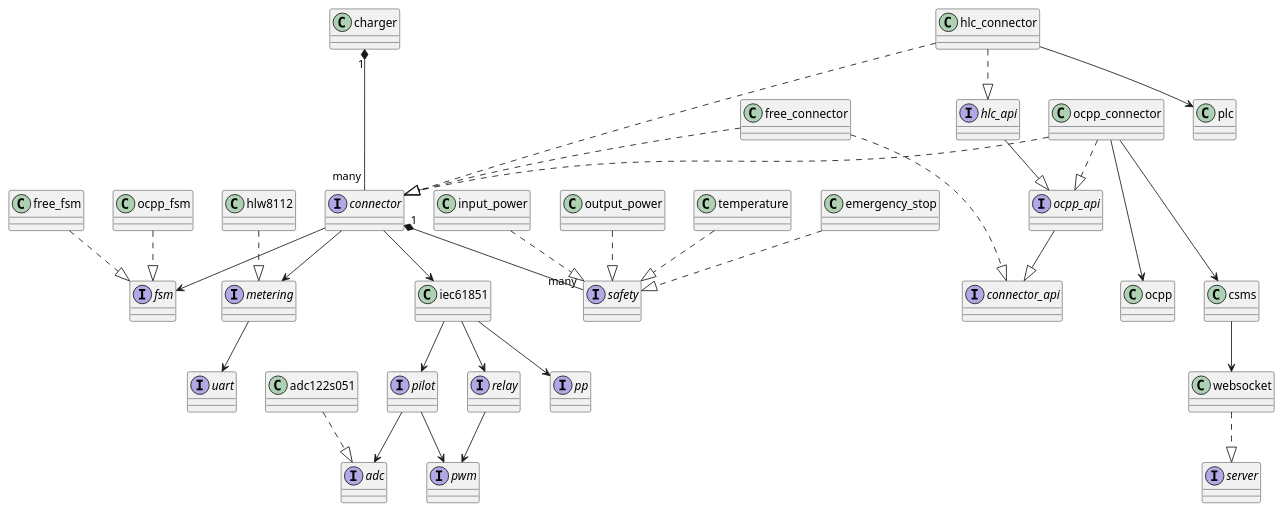
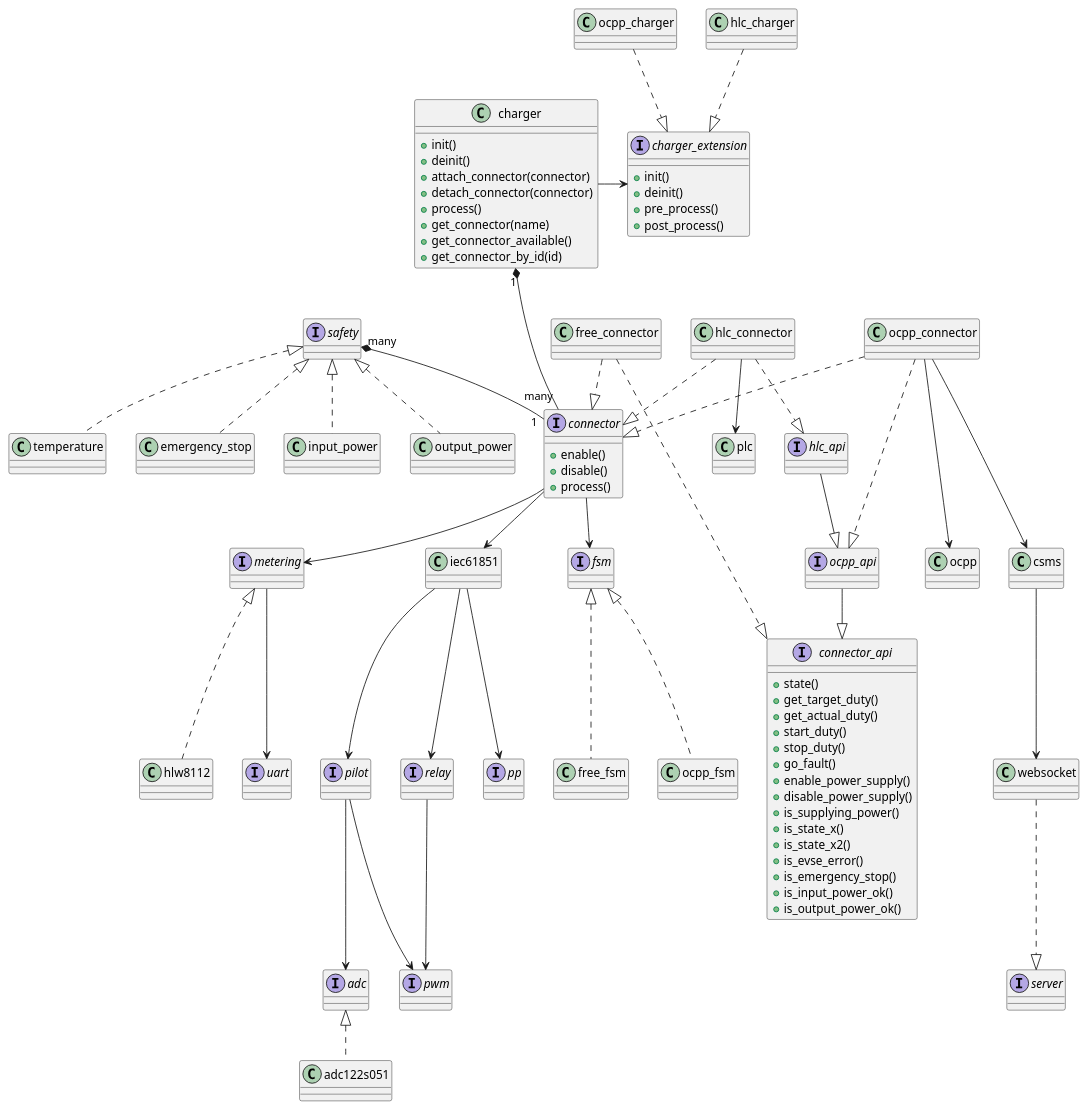
Before and after one commit to pazzk-labs/evse: the diagram in docs/diagrams/charger.puml, drawn with PlantUML. The commit also changed 62 other files, not shown here.

```diff
--- a/docs/diagrams/charger.puml
+++ b/docs/diagrams/charger.puml
@@ -1,70 +1,109 @@
 @startuml
 
 interface connector {
+	+enable()
+	+disable()
+	+process()
 }
 
 interface connector_api {
+	+state()
+	+get_target_duty()
+	+get_actual_duty()
+	+start_duty()
+	+stop_duty()
+	+go_fault()
+	+enable_power_supply()
+	+disable_power_supply()
+	+is_supplying_power()
+	+is_state_x()
+	+is_state_x2()
+	+is_evse_error()
+	+is_emergency_stop()
+	+is_input_power_ok()
+	+is_output_power_ok()
 }
 
 interface ocpp_api
 interface hlc_api
 
 interface fsm
 interface metering
 interface safety
 interface pilot
 interface relay
 interface pp
 interface server
 interface adc
 interface pwm
 interface uart
 
+interface charger_extension {
+	+init()
+	+deinit()
+	+pre_process()
+	+post_process()
+}
+
 class charger {
+	+init()
+	+deinit()
+	+attach_connector(connector)
+	+detach_connector(connector)
+	+process()
+	+get_connector(name)
+	+get_connector_available()
+	+get_connector_by_id(id)
 }
 
 pilot --> adc
 pilot --> pwm
 relay --> pwm
+
 metering --> uart
+metering <|.. hlw8112
 
-hlw8112 ..|> metering
-
-adc122s051 ..|> adc
+adc <|.. adc122s051
 
 iec61851 --> pilot
 iec61851 --> relay
 iec61851 --> pp
 
 connector --> fsm
 connector --> iec61851
-connector "1" *-- "many" safety
+safety "many" *-- "1" connector
 connector --> metering
+
 free_connector ..|> connector
-free_connector ..|> connector_api
 ocpp_connector ..|> connector
-ocpp_connector ..|> ocpp_api
 hlc_connector ..|> connector
+
+free_connector ...|> connector_api
+ocpp_connector ...|> ocpp_api
 hlc_connector ..|> hlc_api
 
 ocpp_api --|> connector_api
 hlc_api --|> ocpp_api
 
-free_fsm ..|> fsm
-ocpp_fsm ..|> fsm
+fsm <|.. free_fsm
+fsm <|.. ocpp_fsm
 
 ocpp_connector ---> ocpp
 ocpp_connector ---> csms
 csms --> websocket
 websocket ..|> server
 
 hlc_connector --> plc
 
-input_power ..|> safety
-output_power ..|> safety
-temperature ..|> safety
-emergency_stop ..|> safety
+safety <|.. input_power
+safety <|.. output_power
+safety <|.. temperature
+safety <|.. emergency_stop
 
 charger "1" *--- "many" connector
+charger -> charger_extension
+
+ocpp_charger ..|> charger_extension
+hlc_charger ..|> charger_extension
 
 @enduml
```
